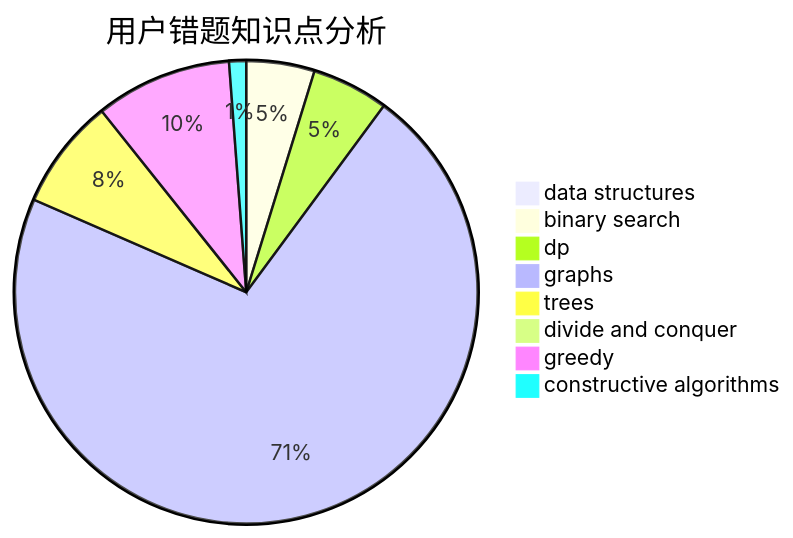
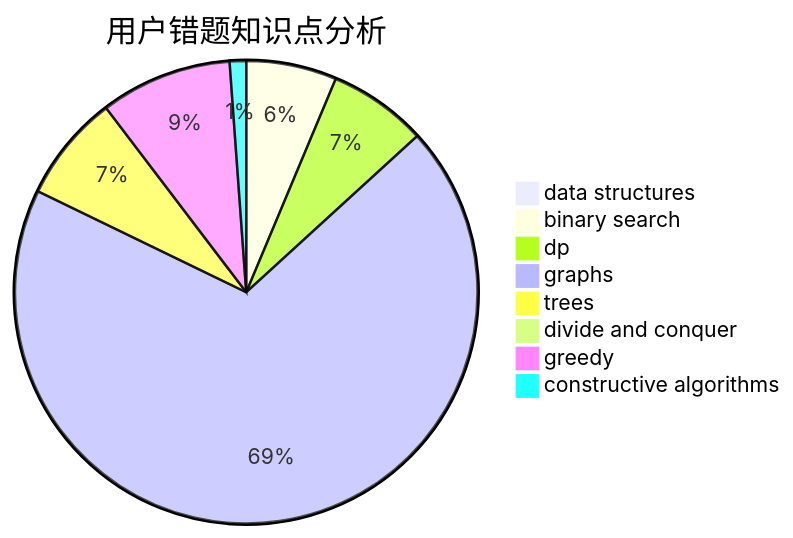
One commit to sherpahu/cfrs.github.io changed the third of 3 diagrams in docs/user/u2068.md. Above: the diagram before and after it, drawn with Mermaid. The commit also changed other lines of this file and 2770 other files, not shown here.

````diff
--- a/docs/user/u2068.md
+++ b/docs/user/u2068.md
@@ -36,11 +36,11 @@
 ```mermaid
 pie title 用户错题知识点分析
     "data structures" :  0
-    "binary search" :  8
-    "dp" :  9
+    "binary search" :  11
+    "dp" :  12
     "graphs" :  120
     "trees" :  13
     "divide and conquer" :  0
     "greedy" :  16
     "constructive algorithms" :  2
 ```
````
